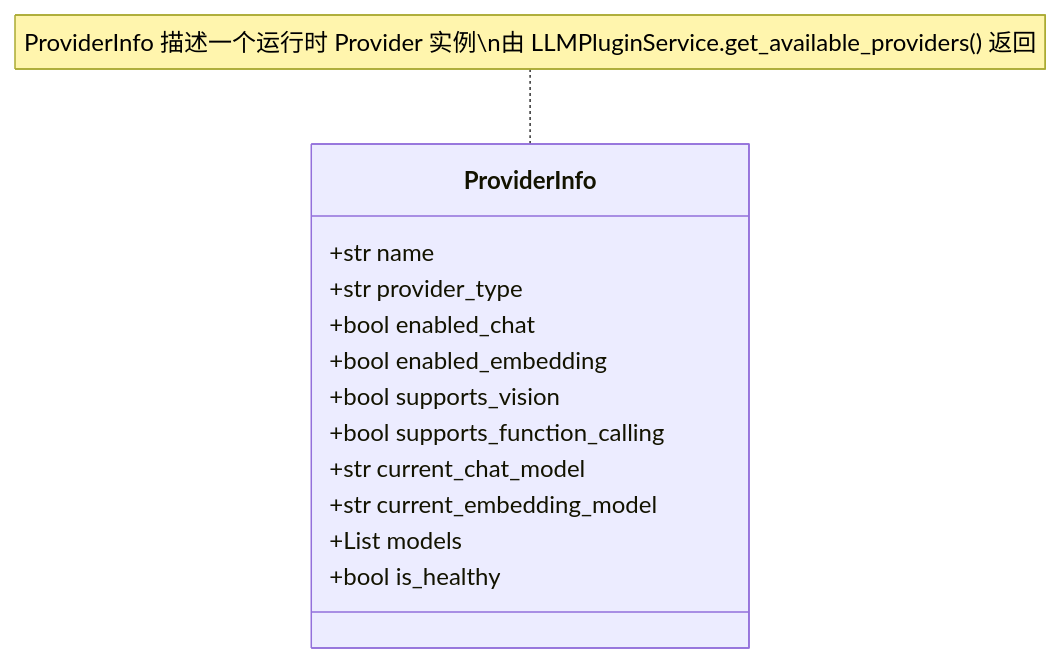
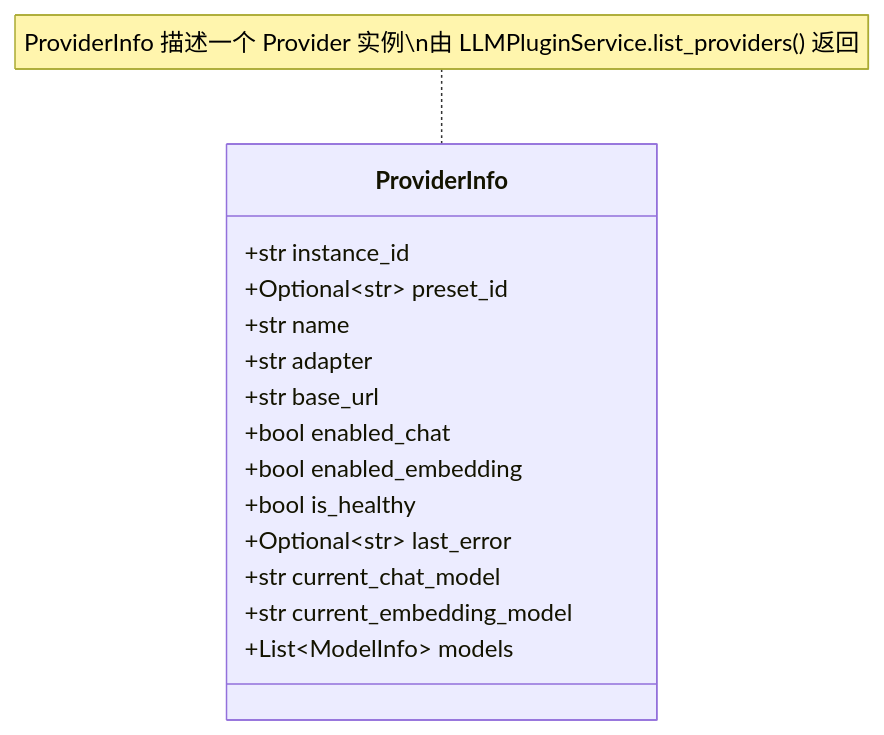
Before and after one commit to KKPIP-Tech/InstructionX: the second of 8 diagrams in docs/core/llm-provider/api-reference.md, drawn with Mermaid. The commit also changed other lines of this file and 12 other files, not shown here.

Commit message:
docs: 同步 LLM Provider v2 架构文档与 AGENTS.md：预设目录/实例化/适配器注册表/配置 schema v2/ILLMService 接口/UI 新包结构，清理 ILLMFacade 与旧文件残留引用

````diff
--- a/docs/core/llm-provider/api-reference.md
+++ b/docs/core/llm-provider/api-reference.md
@@ -447,19 +481,21 @@
 ```mermaid
 classDiagram
     direction TB
 
     class ProviderInfo {
+        +str instance_id
+        +Optional~str~ preset_id
         +str name
-        +str provider_type
+        +str adapter
+        +str base_url
         +bool enabled_chat
         +bool enabled_embedding
-        +bool supports_vision
-        +bool supports_function_calling
+        +bool is_healthy
+        +Optional~str~ last_error
         +str current_chat_model
         +str current_embedding_model
-        +List models
-        +bool is_healthy
+        +List~ModelInfo~ models
     }
 
-    note for ProviderInfo "ProviderInfo 描述一个运行时 Provider 实例\n由 LLMPluginService.get_available_providers() 返回"
+    note for ProviderInfo "ProviderInfo 描述一个 Provider 实例\n由 LLMPluginService.list_providers() 返回"
 ```
````
